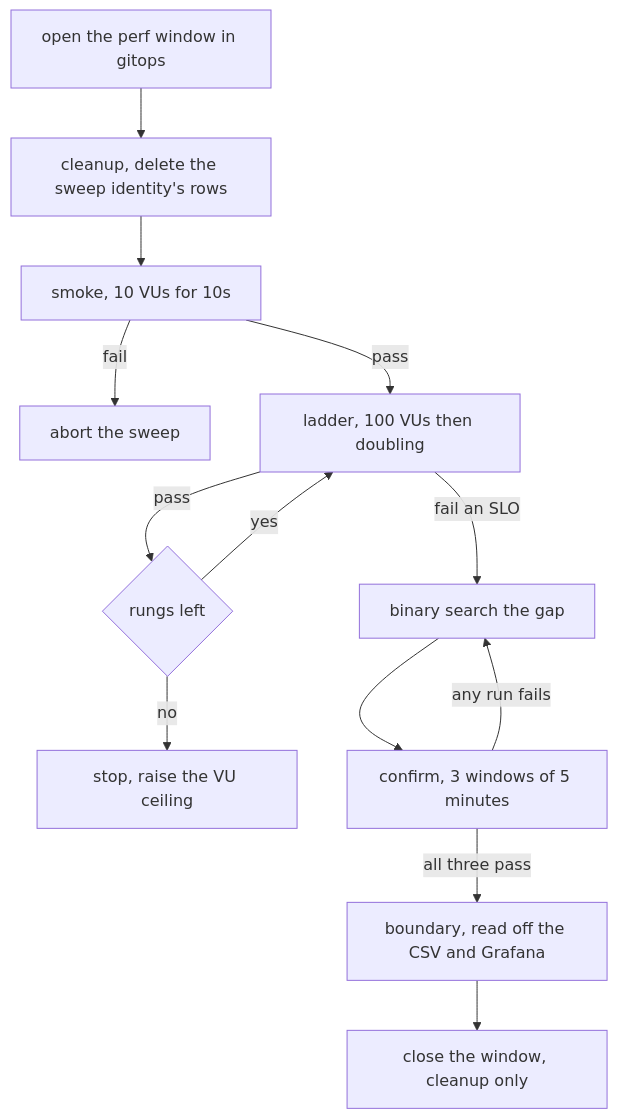
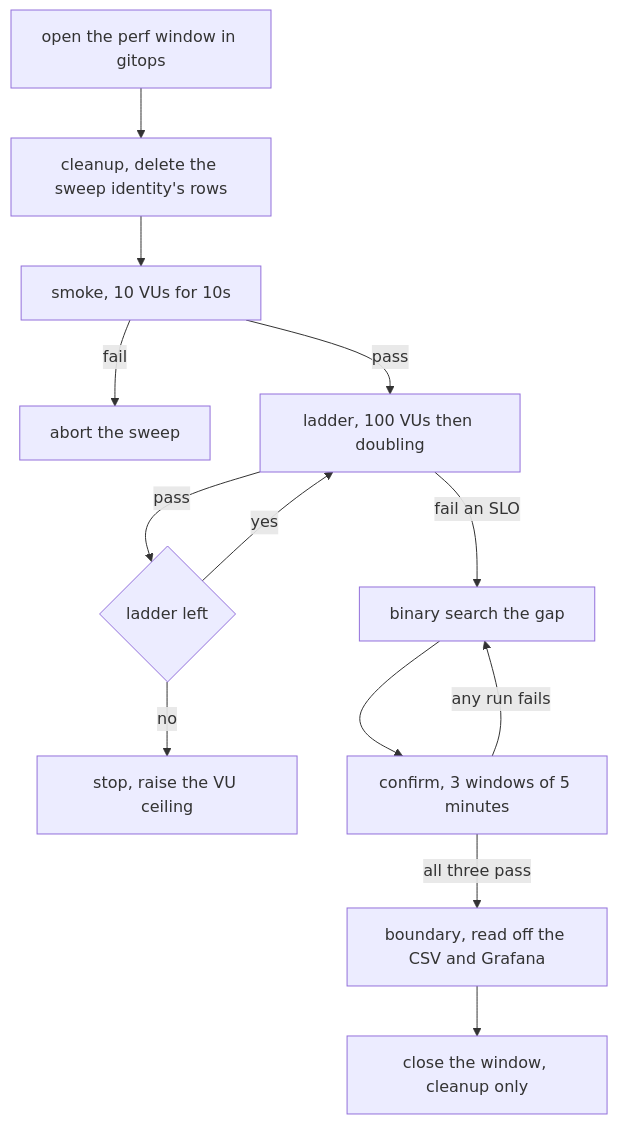
The diagram in frontend/src/content/blogs/sre-toolkit-upgrade.md (notseekeru/portfolio_website), drawn with Mermaid before and after one commit. The commit also changed other lines of this file, not shown here.

````diff
--- a/frontend/src/content/blogs/sre-toolkit-upgrade.md
+++ b/frontend/src/content/blogs/sre-toolkit-upgrade.md
@@ -57,15 +59,15 @@
 ```mermaid
 graph TD
     O["open the perf window in gitops"] --> CL["cleanup, delete the sweep identity's rows"]
     CL --> SM["smoke, 10 VUs for 10s"]
     SM -->|fail| AB["abort the sweep"]
     SM -->|pass| LAD["ladder, 100 VUs then doubling"]
-    LAD -->|pass| UP{"rungs left"}
+    LAD -->|pass| UP{"ladder left"}
     UP -->|yes| LAD
     UP -->|no| ST["stop, raise the VU ceiling"]
     LAD -->|fail an SLO| SRCH["binary search the gap"]
     SRCH --> CON["confirm, 3 windows of 5 minutes"]
     CON -->|all three pass| BND["boundary, read off the CSV and Grafana"]
     CON -->|any run fails| SRCH
     BND --> CW["close the window, cleanup only"]
 ```
````
